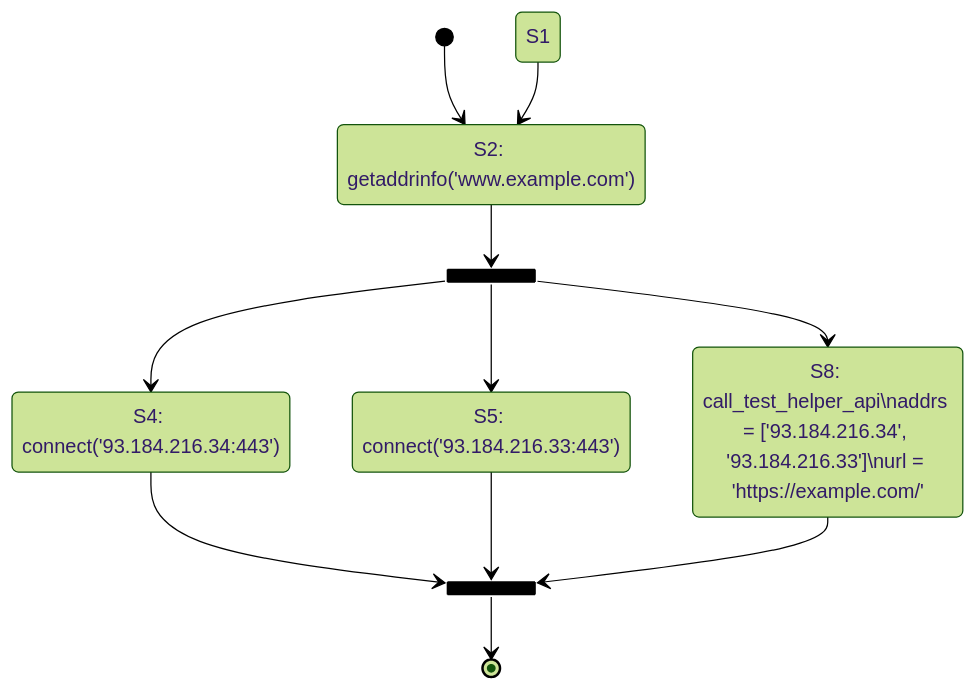
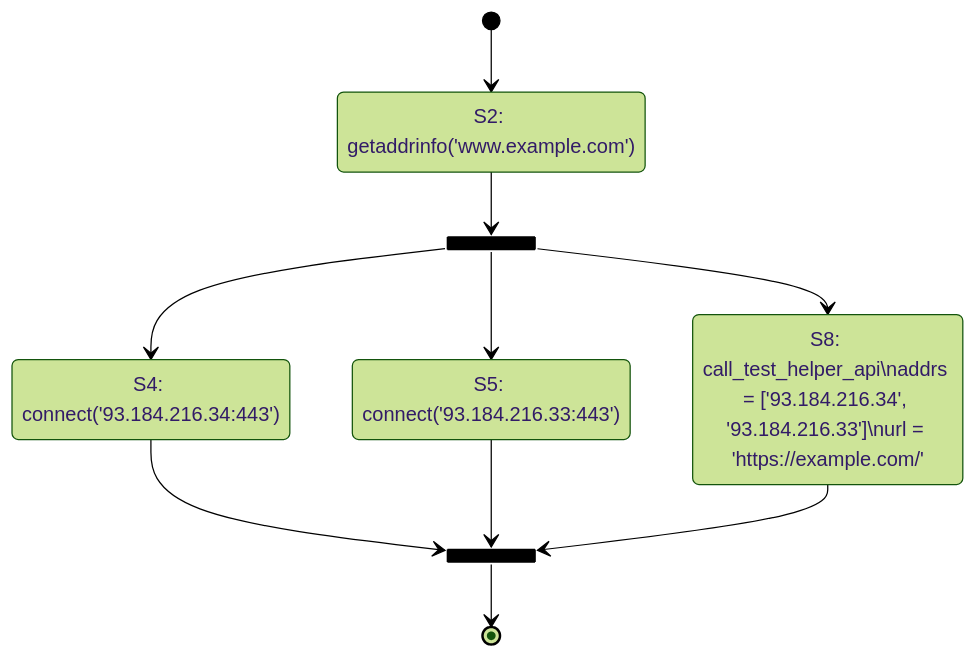
The second of 2 diagrams in nettests/ts-017-web-connectivity.md (ooni/spec), drawn with Mermaid (forest theme) before and after one commit. The commit also changed other lines of this file, not shown here.

````diff
--- a/nettests/ts-017-web-connectivity.md
+++ b/nettests/ts-017-web-connectivity.md
@@ -165,19 +164,18 @@
 ```mermaid
 stateDiagram-v2
   state "S2: getaddrinfo('www.example.com')" as S2
   [*] --> S2
-  S1 --> S2
   state S3 <<fork>>
   S2 --> S3
   state "S4: connect('93.184.216.34:443')" as S4
   state "S5: connect('93.184.216.33:443')" as S5
   S3 --> S4
   S3 --> S5
   state "S8: call_test_helper_api\naddrs = ['93.184.216.34', '93.184.216.33']\nurl = 'https://example.com/'" as S8
   S3 --> S8
   state S9 <<join>>
   S4 --> S9
   S5 --> S9
   S8 --> S9
   S9 --> [*]
 ```
````
